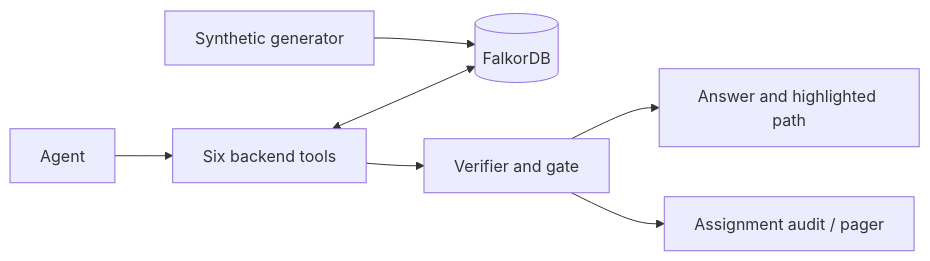
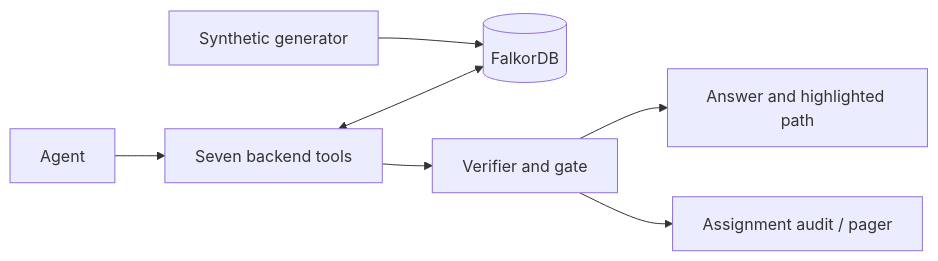
One commit to sohamsssssssssssssssss/Graph-Hacks-Context-for-AI-Agents changed the diagram in SPEC.md. Above: the diagram before and after it, drawn with Mermaid. The commit also changed other lines of this file and 37 other files, not shown here.

````diff
--- a/SPEC.md
+++ b/SPEC.md
@@ -5,9 +5,9 @@
 ```mermaid
 flowchart LR
   G[Synthetic generator] --> F[(FalkorDB)]
-  A[Agent] --> T[Six backend tools]
+  A[Agent] --> T[Seven backend tools]
   T <--> F
   T --> V[Verifier and gate]
   V --> P[Answer and highlighted path]
   V --> L[Assignment audit / pager]
 ```
````
